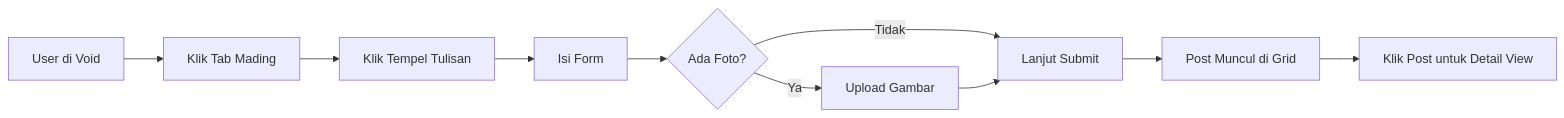
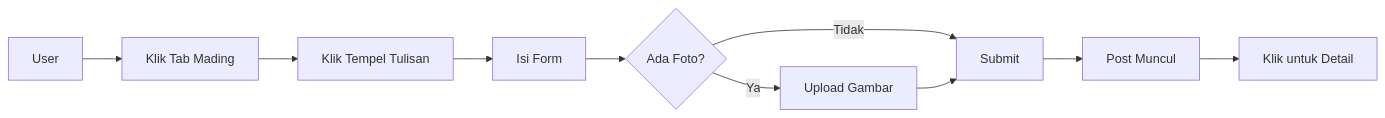
Before and after one commit to Marvx-US/AsahMemory: the third of 4 diagrams in README.md, drawn with Mermaid. The commit also changed other lines of this file, not shown here.

````diff
--- a/README.md
+++ b/README.md
@@ -136,12 +127,12 @@
 ```mermaid
 flowchart LR
-    A[User di Void] --> B[Klik Tab Mading]
+    A[User] --> B[Klik Tab Mading]
     B --> C[Klik Tempel Tulisan]
     C --> D[Isi Form]
     D --> E{Ada Foto?}
     E -->|Ya| F[Upload Gambar]
-    E -->|Tidak| G[Lanjut Submit]
+    E -->|Tidak| G[Submit]
     F --> G
-    G --> H[Post Muncul di Grid]
-    H --> I[Klik Post untuk Detail View]
+    G --> H[Post Muncul]
+    H --> I[Klik untuk Detail]
 ```
````
